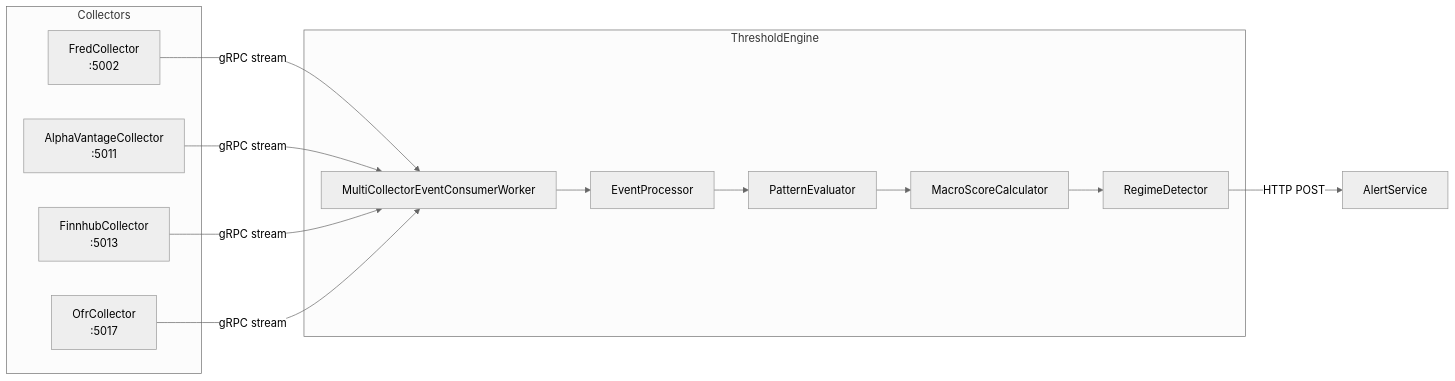
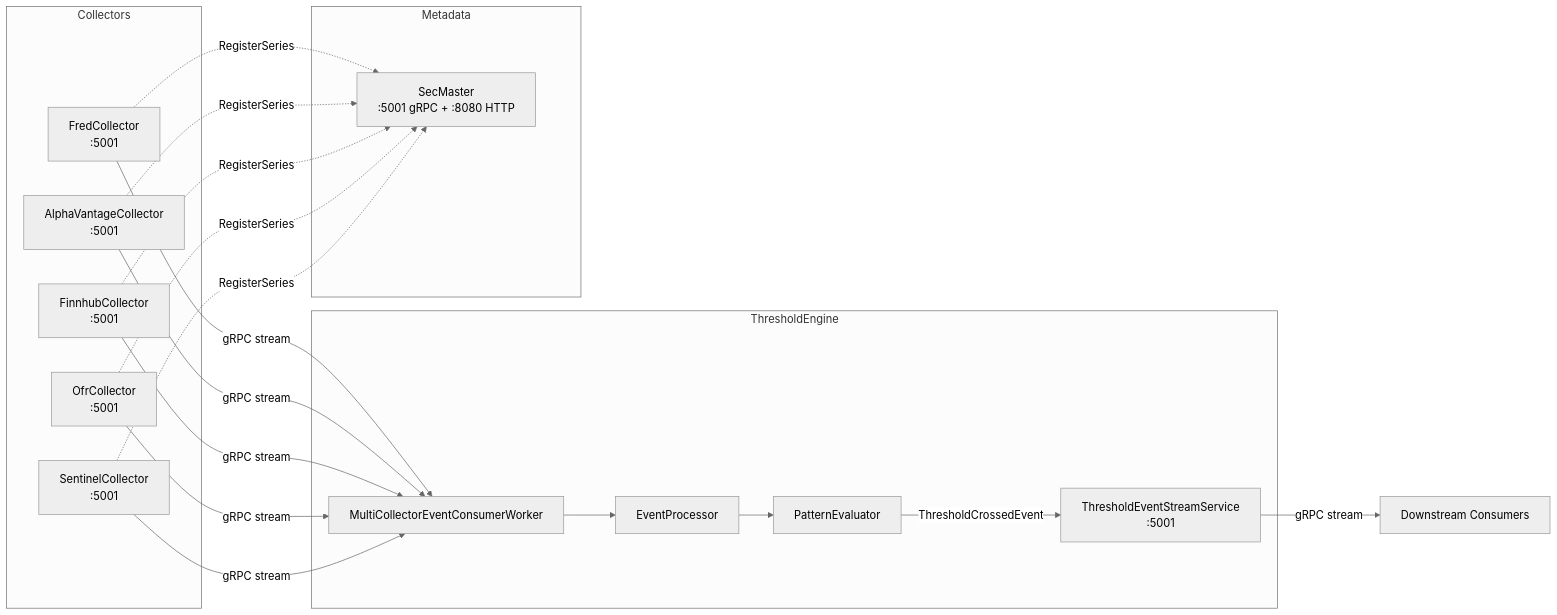
The diagram in docs/GRPC-ARCHITECTURE.md (jpansarasa/ATLAS-Docs), drawn with Mermaid (neutral theme) before and after one commit. The commit also changed other lines of this file and 28 other files, not shown here.

````diff
--- a/docs/GRPC-ARCHITECTURE.md
+++ b/docs/GRPC-ARCHITECTURE.md
@@ -7,24 +7,36 @@
 ```mermaid
 graph LR
     subgraph Collectors
-        FC[FredCollector<br/>:5002]
-        AV[AlphaVantageCollector<br/>:5011]
-        FH[FinnhubCollector<br/>:5013]
-        OFR[OfrCollector<br/>:5017]
+        FC[FredCollector<br/>:5001]
+        AV[AlphaVantageCollector<br/>:5001]
+        FH[FinnhubCollector<br/>:5001]
+        OFR[OfrCollector<br/>:5001]
+        SC[SentinelCollector<br/>:5001]
     end
 
     subgraph ThresholdEngine
         MW[MultiCollectorEventConsumerWorker]
         MW --> EP[EventProcessor]
         EP --> PE[PatternEvaluator]
-        PE --> MS[MacroScoreCalculator]
-        MS --> RD[RegimeDetector]
+        TE[ThresholdEventStreamService<br/>:5001]
+    end
+
+    subgraph Metadata
+        SM[SecMaster<br/>:5001 gRPC + :8080 HTTP]
     end
 
     FC -->|gRPC stream| MW
     AV -->|gRPC stream| MW
     FH -->|gRPC stream| MW
     OFR -->|gRPC stream| MW
+    SC -->|gRPC stream| MW
 
-    RD -->|HTTP POST| AS[AlertService]
+    FC -.->|RegisterSeries| SM
+    AV -.->|RegisterSeries| SM
+    FH -.->|RegisterSeries| SM
+    OFR -.->|RegisterSeries| SM
+    SC -.->|RegisterSeries| SM
+
+    PE -->|ThresholdCrossedEvent| TE
+    TE -->|gRPC stream| Downstream[Downstream Consumers]
 ```
````
